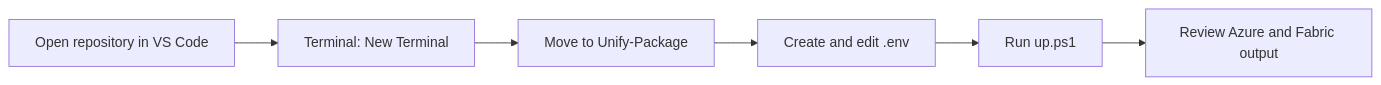
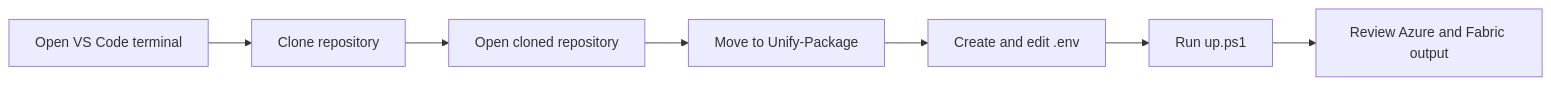
One commit to TechExperiences/Sellers-Customer-Technical-Workshops-Packages changed the first of 2 diagrams in Build-a-unified-governed-data-and AI-estate/Unify-Package/README.md. Above: the diagram before and after it, drawn with Mermaid. The commit also changed other lines of this file and 2 other files, not shown here.

First line of the commit message:
docs: simplify package deployment to a VS Code clone workflow

````diff
--- a/Build-a-unified-governed-data-and AI-estate/Unify-Package/README.md
+++ b/Build-a-unified-governed-data-and AI-estate/Unify-Package/README.md
@@ -29,8 +32,9 @@
 ```mermaid
 flowchart LR
-    A[Open repository in VS Code] --> B[Terminal: New Terminal]
-    B --> C[Move to Unify-Package]
-    C --> D[Create and edit .env]
-    D --> E[Run up.ps1]
-    E --> F[Review Azure and Fabric output]
+    A[Open VS Code terminal] --> B[Clone repository]
+    B --> C[Open cloned repository]
+    C --> D[Move to Unify-Package]
+    D --> E[Create and edit .env]
+    E --> F[Run up.ps1]
+    F --> G[Review Azure and Fabric output]
 ```
````
